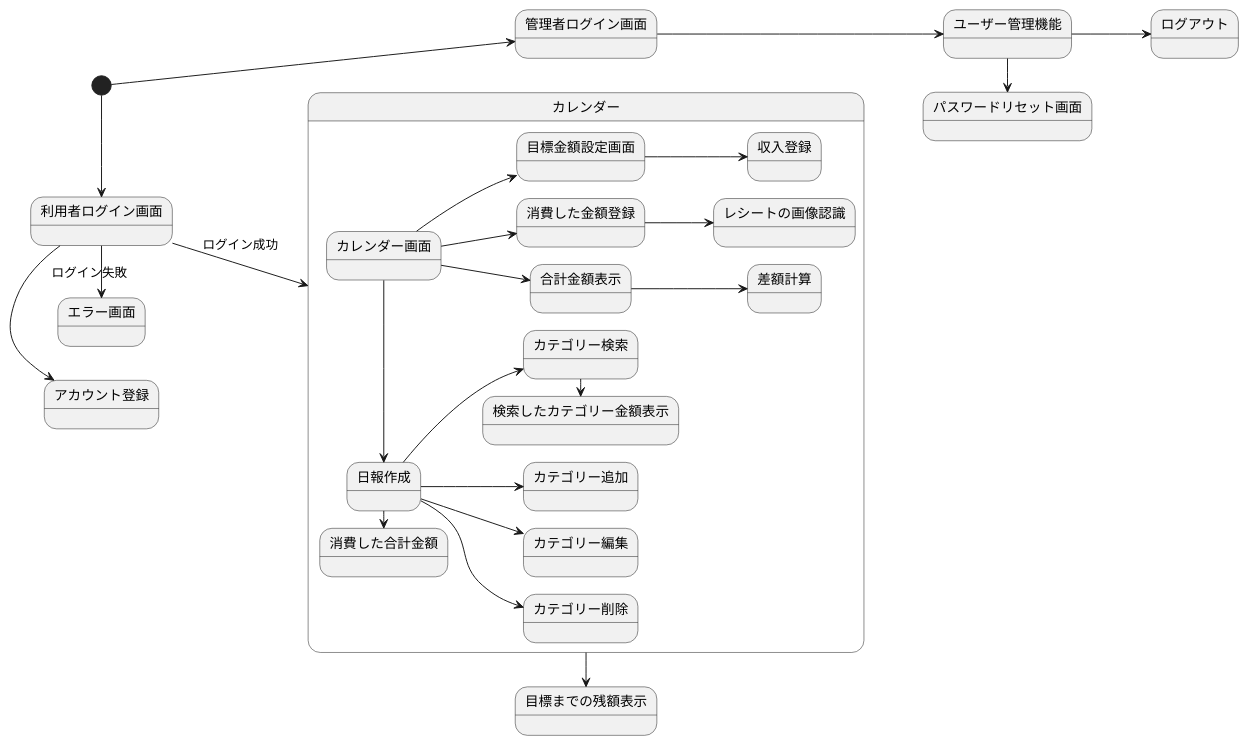
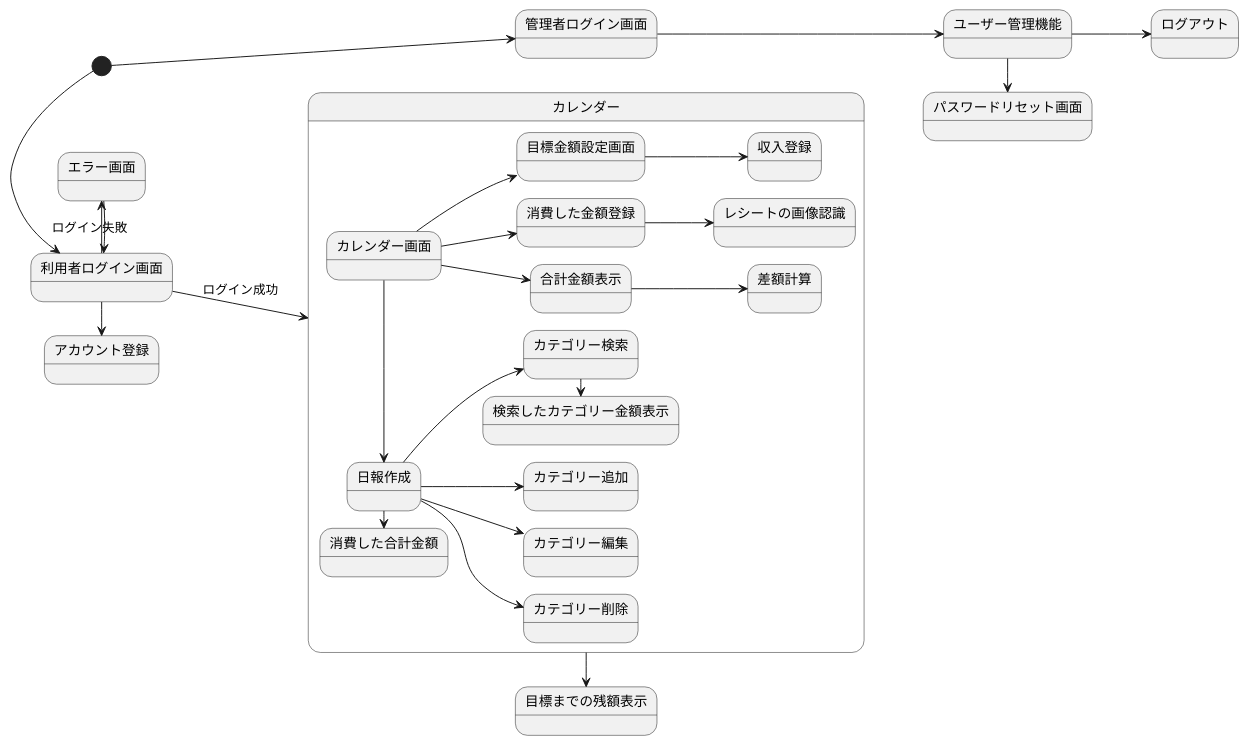
Before and after one commit to masakan590/uml-introduction: the diagram in Screen_transition_diagram.pu, drawn with PlantUML.

Commit message:
追加

```diff
--- a/Screen_transition_diagram.pu
+++ b/Screen_transition_diagram.pu
@@ -1,33 +1,33 @@
 @startuml 画面遷移図
 left to right direction
 [*] -> 利用者ログイン画面
 [*] --> 管理者ログイン画面
 
 利用者ログイン画面 -> アカウント登録 
 管理者ログイン画面 --> ユーザー管理機能
 
 ユーザー管理機能 -> パスワードリセット画面
 ユーザー管理機能 --> ログアウト
 
 利用者ログイン画面 -> エラー画面 :ログイン失敗
-
+エラー画面 -> 利用者ログイン画面 
 利用者ログイン画面 --> カレンダー :ログイン成功
 
 state カレンダー {
     カレンダー画面 --> 目標金額設定画面
     カレンダー画面 -> 日報作成
     カレンダー画面 --> 消費した金額登録
     目標金額設定画面 --> 収入登録
     日報作成 --> カテゴリー追加
     日報作成 --> カテゴリー編集
     日報作成 --> カテゴリー削除
     日報作成 --> カテゴリー検索
     カテゴリー検索 -> 検索したカテゴリー金額表示
     消費した金額登録 --> レシートの画像認識
     日報作成 -> 消費した合計金額
     カレンダー画面 --> 合計金額表示
     合計金額表示 --> 差額計算
 
 }
 カレンダー -> 目標までの残額表示
 @enduml
```
